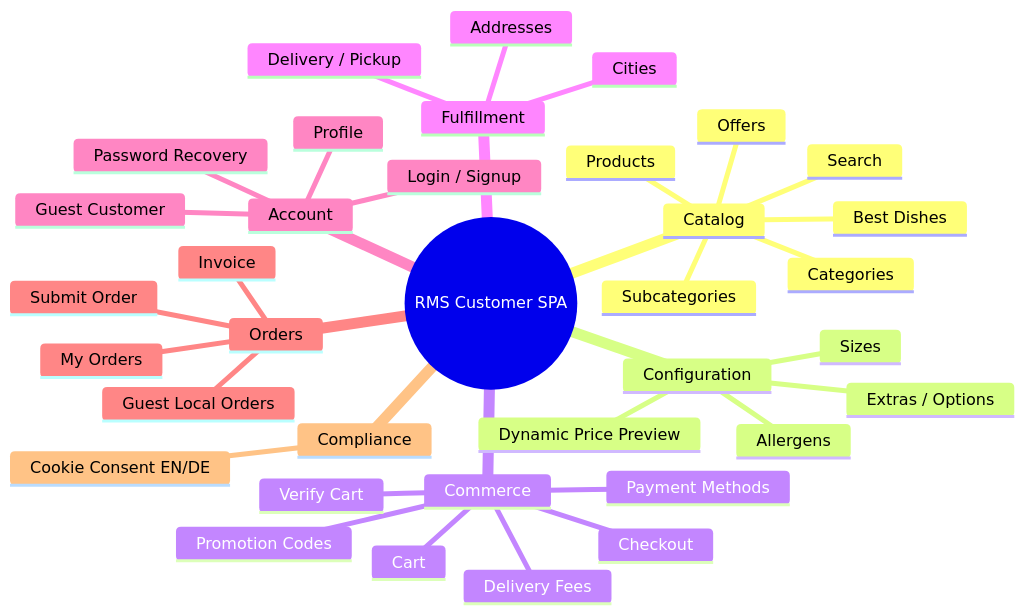
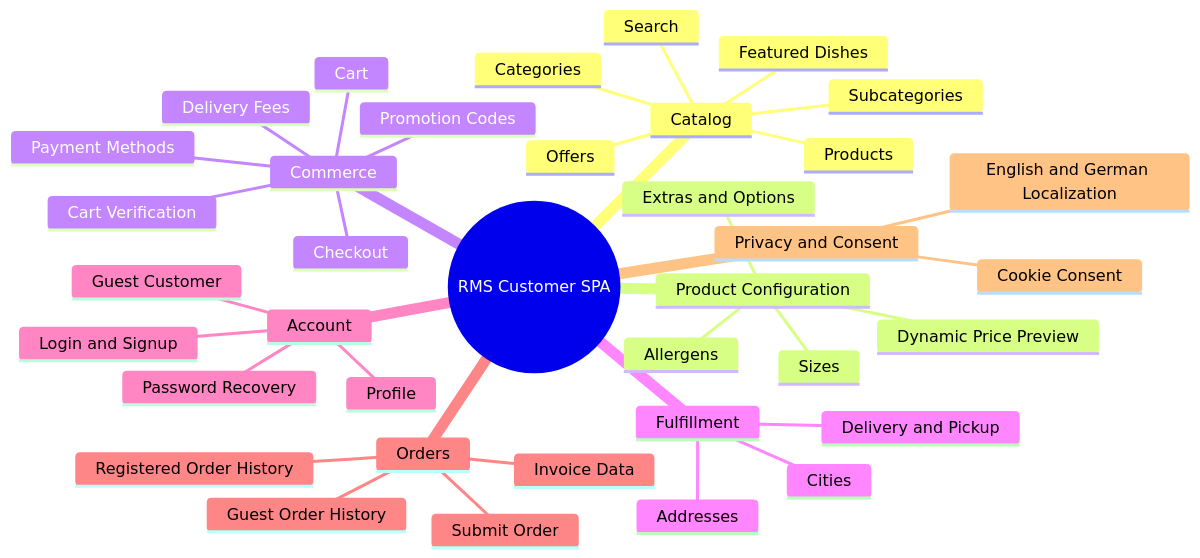
Before and after one commit to suliman-mousa/restaurant-ordering-platform: the fifth of 14 diagrams in DIAGRAMS.md, drawn with Mermaid. The commit also changed other lines of this file, not shown here.

````diff
--- a/DIAGRAMS.md
+++ b/DIAGRAMS.md
@@ -113,39 +159,40 @@
 ```mermaid
 mindmap
-  root((RMS Customer SPA))
-    Catalog
-      Categories
-      Subcategories
-      Products
-      Search
-      Offers
-      Best Dishes
-    Configuration
-      Sizes
-      Extras / Options
-      Allergens
-      Dynamic Price Preview
-    Commerce
-      Cart
-      Verify Cart
-      Checkout
-      Payment Methods
-      Delivery Fees
-      Promotion Codes
-    Fulfillment
-      Delivery / Pickup
-      Addresses
-      Cities
-    Account
-      Login / Signup
-      Guest Customer
-      Profile
-      Password Recovery
-    Orders
-      Submit Order
-      Invoice
-      My Orders
-      Guest Local Orders
-    Compliance
-      Cookie Consent EN/DE
+    root((RMS Customer SPA))
+        Catalog
+            Categories
+            Subcategories
+            Products
+            Search
+            Offers
+            Featured Dishes
+        Product Configuration
+            Sizes
+            Extras and Options
+            Allergens
+            Dynamic Price Preview
+        Commerce
+            Cart
+            Cart Verification
+            Checkout
+            Payment Methods
+            Delivery Fees
+            Promotion Codes
+        Fulfillment
+            Delivery and Pickup
+            Addresses
+            Cities
+        Account
+            Login and Signup
+            Guest Customer
+            Profile
+            Password Recovery
+        Orders
+            Submit Order
+            Invoice Data
+            Registered Order History
+            Guest Order History
+        Privacy and Consent
+            Cookie Consent
+            English and German Localization
 ```
````
